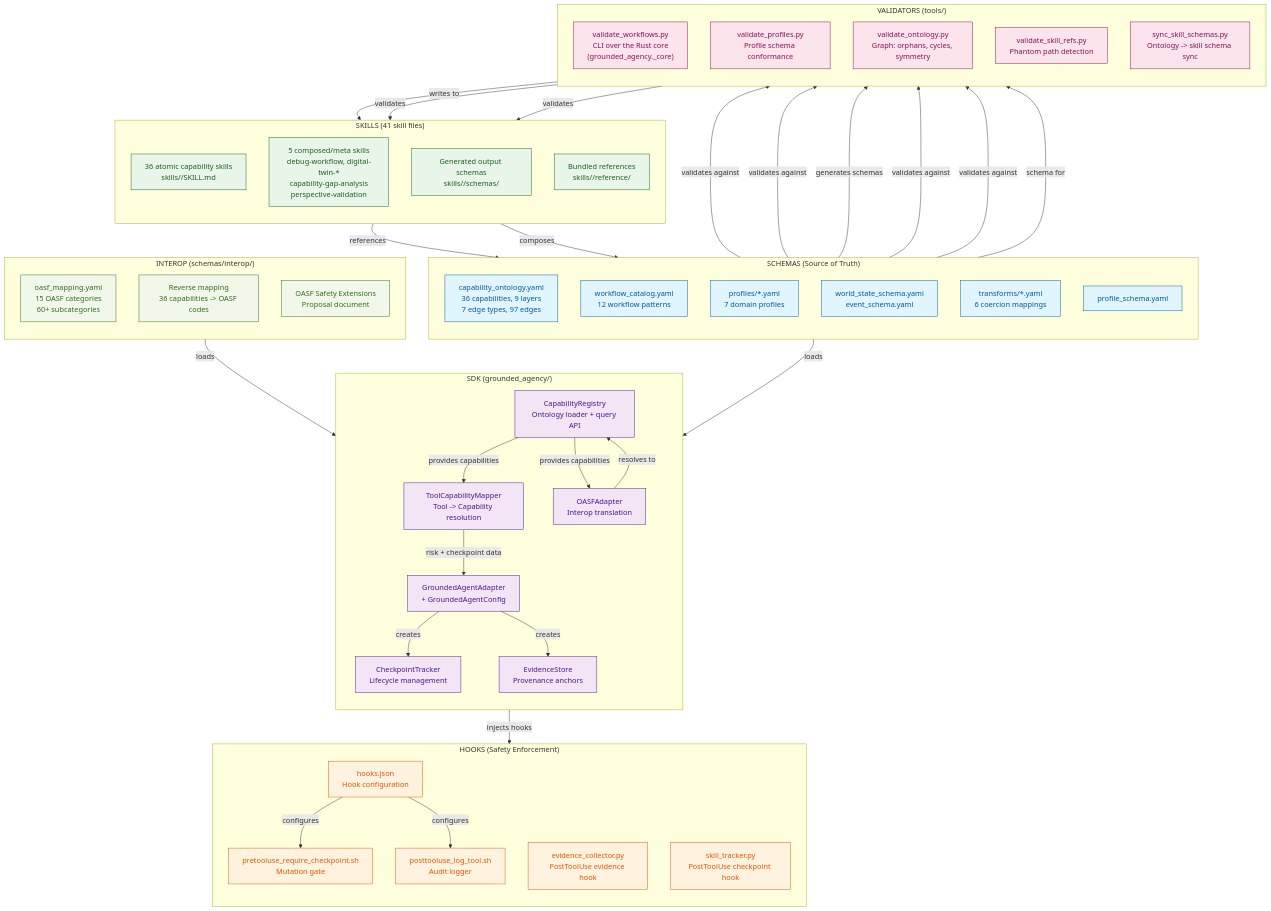
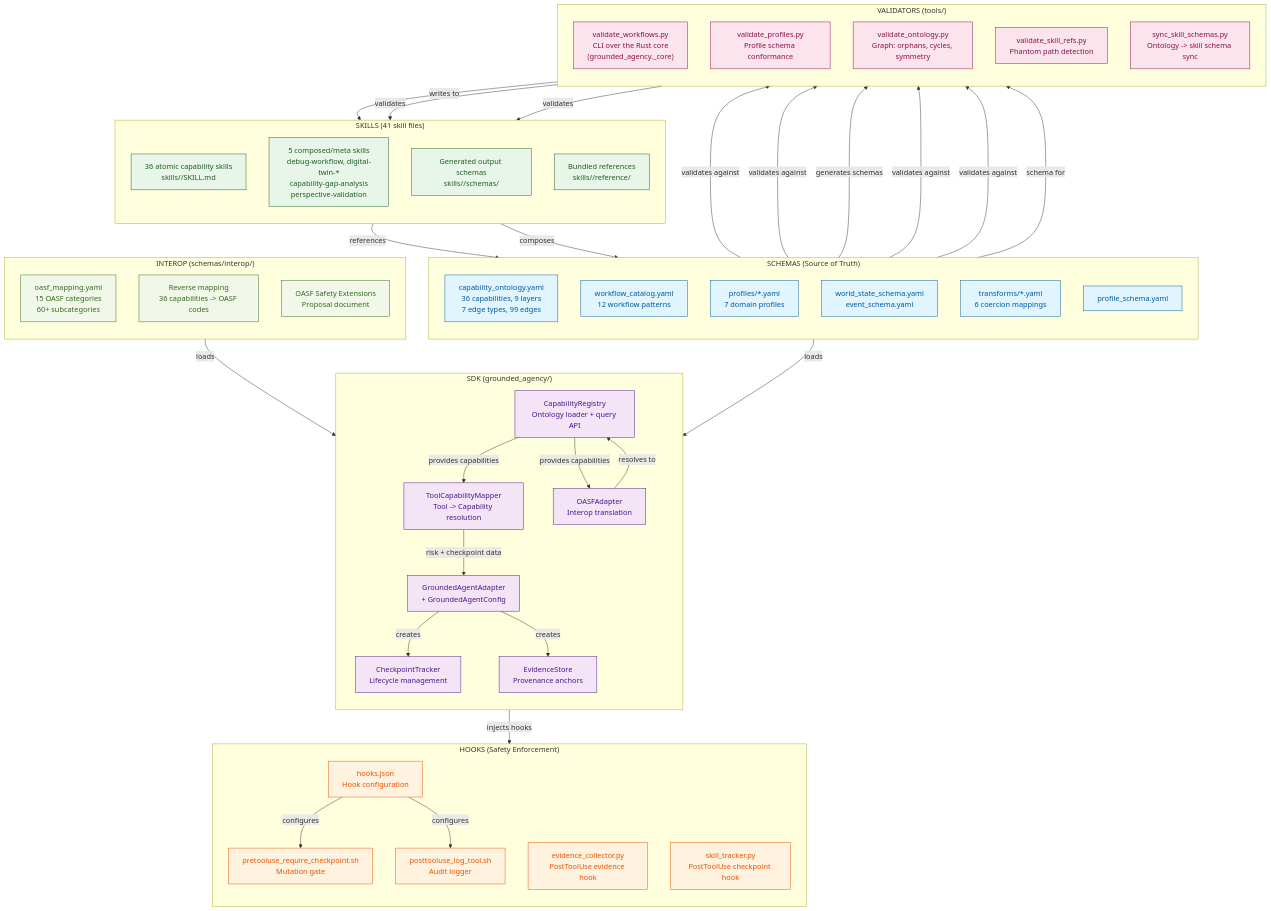
The first of 8 diagrams in analysis/02-system-diagrams-and-features.md (synaptiai/agent-capability-standard), drawn with Mermaid before and after one commit. The commit also changed other lines of this file and 94 other files, not shown here.

```diff
--- a/analysis/02-system-diagrams-and-features.md
+++ b/analysis/02-system-diagrams-and-features.md
@@ -39,7 +39,7 @@
 flowchart TB
     subgraph Schemas["SCHEMAS (Source of Truth)"]
         direction TB
-        ONT["capability_ontology.yaml\n36 capabilities, 9 layers\n7 edge types, 97 edges"]
+        ONT["capability_ontology.yaml\n36 capabilities, 9 layers\n7 edge types, 99 edges"]
         WFC["workflow_catalog.yaml\n12 workflow patterns"]
         PRF["profiles/*.yaml\n7 domain profiles"]
         WSS["world_state_schema.yaml\nevent_schema.yaml"]
```
